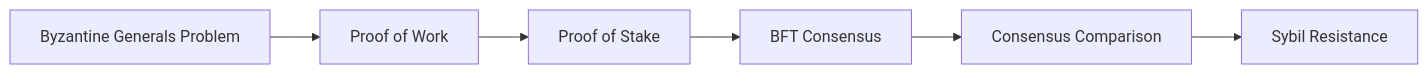
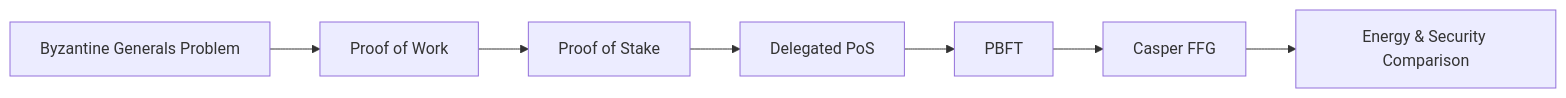
Before and after one commit to Raushan666java/ai-engineering-journey: the first of 6 diagrams in docs/courses/blockchain/03-consensus.md, drawn with Mermaid. The commit also changed other lines of this file and 62 other files, not shown here.

````diff
--- a/docs/courses/blockchain/03-consensus.md
+++ b/docs/courses/blockchain/03-consensus.md
@@ -27,8 +31,9 @@
 ```mermaid
 flowchart LR
     A[Byzantine Generals Problem] --> B[Proof of Work]
     B --> C[Proof of Stake]
-    C --> D[BFT Consensus]
-    D --> E[Consensus Comparison]
-    E --> F[Sybil Resistance]
+    C --> D[Delegated PoS]
+    D --> E[PBFT]
+    E --> F[Casper FFG]
+    F --> G[Energy & Security Comparison]
 ```
````
